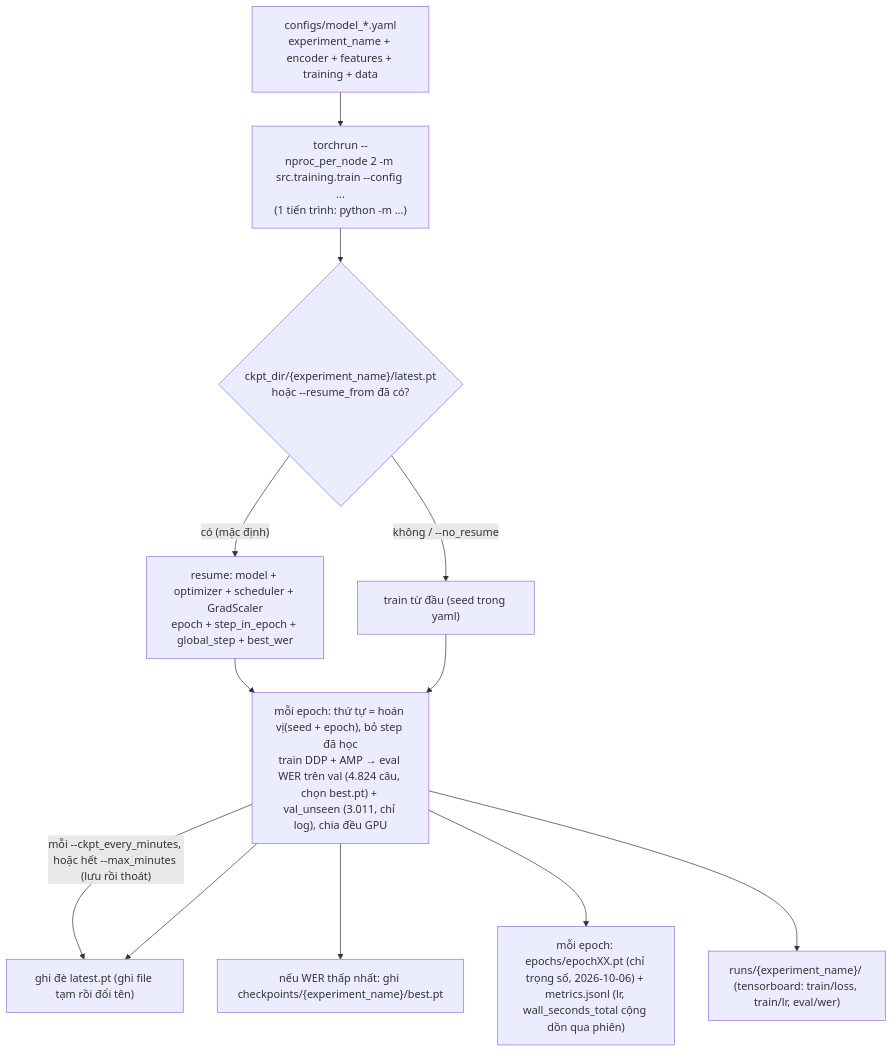
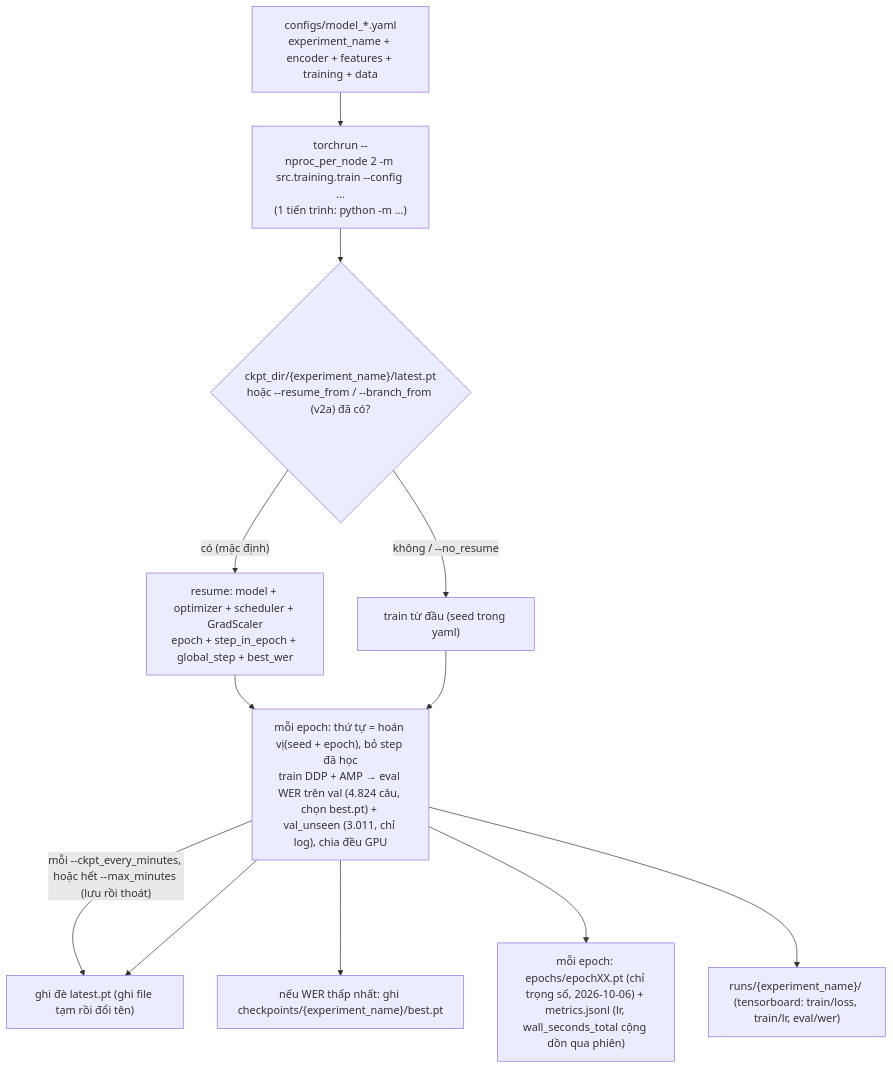
Before and after one commit to VuKhah/specialized-thesis: the third of 4 diagrams in ARCHITECTURE.md, drawn with Mermaid. The commit also changed other lines of this file and 10 other files, not shown here.

````diff
--- a/ARCHITECTURE.md
+++ b/ARCHITECTURE.md
@@ -133,14 +133,14 @@
 ```mermaid
 flowchart TD
     Y["configs/model_*.yaml<br/>experiment_name + encoder + features + training + data"] --> T["torchrun --nproc_per_node 2 -m src.training.train --config ...<br/>(1 tiến trình: python -m ...)"]
-    T --> R{"ckpt_dir/{experiment_name}/latest.pt<br/>hoặc --resume_from đã có?"}
+    T --> R{"ckpt_dir/{experiment_name}/latest.pt<br/>hoặc --resume_from / --branch_from (v2a) đã có?"}
     R -->|"có (mặc định)"| RES["resume: model + optimizer + scheduler + GradScaler<br/>epoch + step_in_epoch + global_step + best_wer"]
     R -->|"không / --no_resume"| NEW["train từ đầu (seed trong yaml)"]
     RES --> LOOP
     NEW --> LOOP["mỗi epoch: thứ tự = hoán vị(seed + epoch), bỏ step đã học<br/>train DDP + AMP → eval WER trên val (4.824 câu, chọn best.pt) + val_unseen (3.011, chỉ log), chia đều GPU"]
     LOOP -->|"mỗi --ckpt_every_minutes, hoặc hết --max_minutes (lưu rồi thoát)"| LATEST
     LOOP --> LATEST["ghi đè latest.pt (ghi file tạm rồi đổi tên)"]
     LOOP --> BEST["nếu WER thấp nhất: ghi checkpoints/{experiment_name}/best.pt"]
     LOOP --> EPW["mỗi epoch: epochs/epochXX.pt (chỉ trọng số, 2026-10-06) + metrics.jsonl (lr, wall_seconds_total cộng dồn qua phiên)"]
     LOOP --> TB["runs/{experiment_name}/ (tensorboard: train/loss, train/lr, eval/wer)"]
 ```
````
